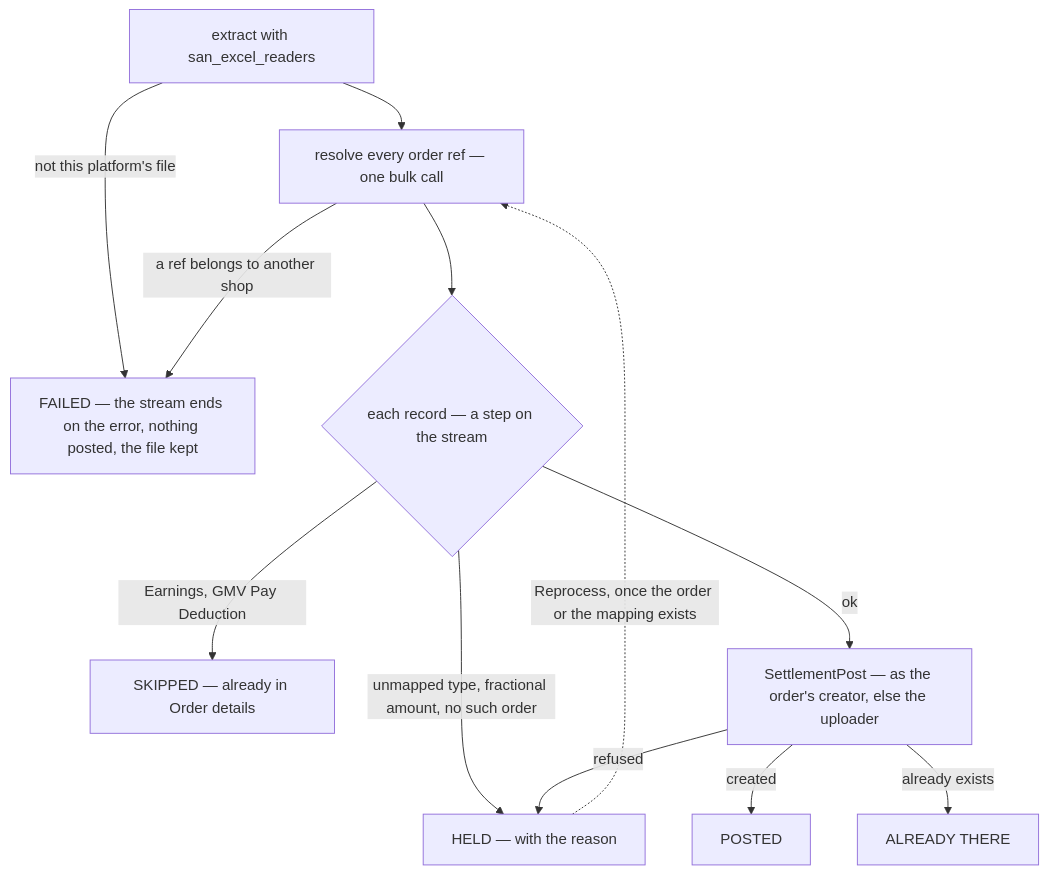
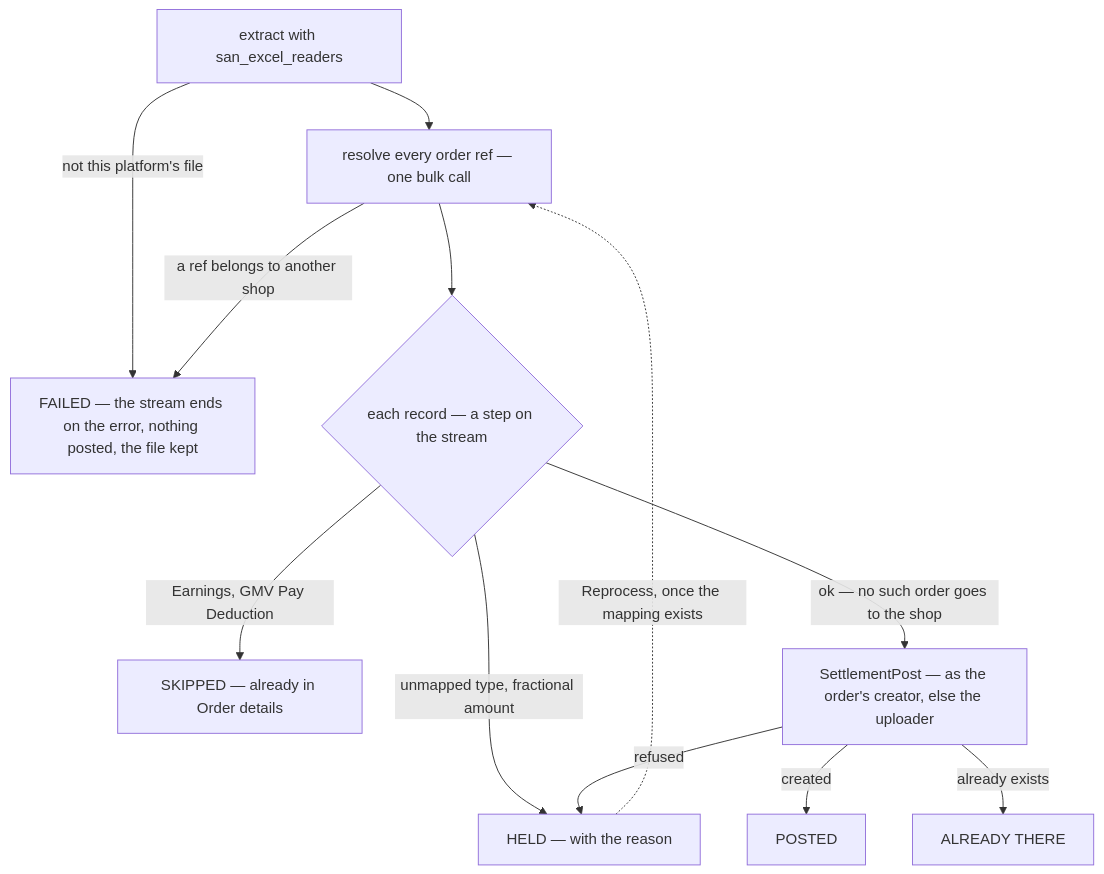
Before and after one commit to pdcgo/warehouse_revamp: the fourth of 8 diagrams in docs/business/settlement/settlement_importer_clarify.md, drawn with Mermaid. The commit also changed other lines of this file and 3 other files, not shown here.

First line of the commit message:
settlement: record three importer answers - stream auth, no revert, post to shop

````diff
--- a/docs/business/settlement/settlement_importer_clarify.md
+++ b/docs/business/settlement/settlement_importer_clarify.md
@@ -137,14 +138,14 @@
 ```mermaid
 flowchart TD
   P["extract with san_excel_readers"] -->|"not this platform's file"| F["FAILED — the stream ends on the error, nothing posted, the file kept"]
   P --> R["resolve every order ref — one bulk call"]
   R -->|"a ref belongs to another shop"| F
   R --> L{"each record — a step on the stream"}
   L -->|"Earnings, GMV Pay Deduction"| SK["SKIPPED — already in Order details"]
-  L -->|"unmapped type, fractional amount, no such order"| H["HELD — with the reason"]
-  L -->|"ok"| W["SettlementPost — as the order's creator, else the uploader"]
+  L -->|"unmapped type, fractional amount"| H["HELD — with the reason"]
+  L -->|"ok — no such order goes to the shop"| W["SettlementPost — as the order's creator, else the uploader"]
   W -->|"created"| PO["POSTED"]
   W -->|"already exists"| EX["ALREADY THERE"]
   W -->|"refused"| H
-  H -.->|"Reprocess, once the order or the mapping exists"| R
+  H -.->|"Reprocess, once the mapping exists"| R
 ```
````
